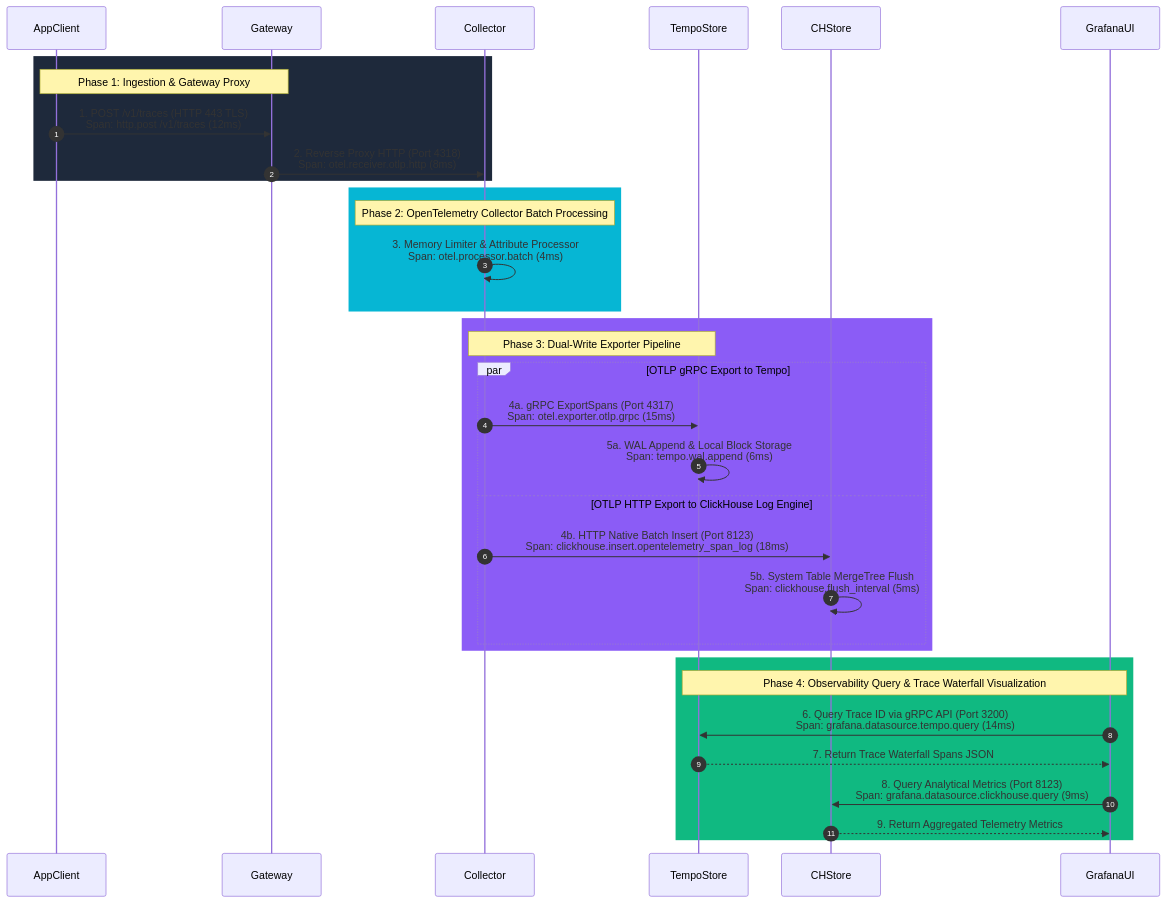
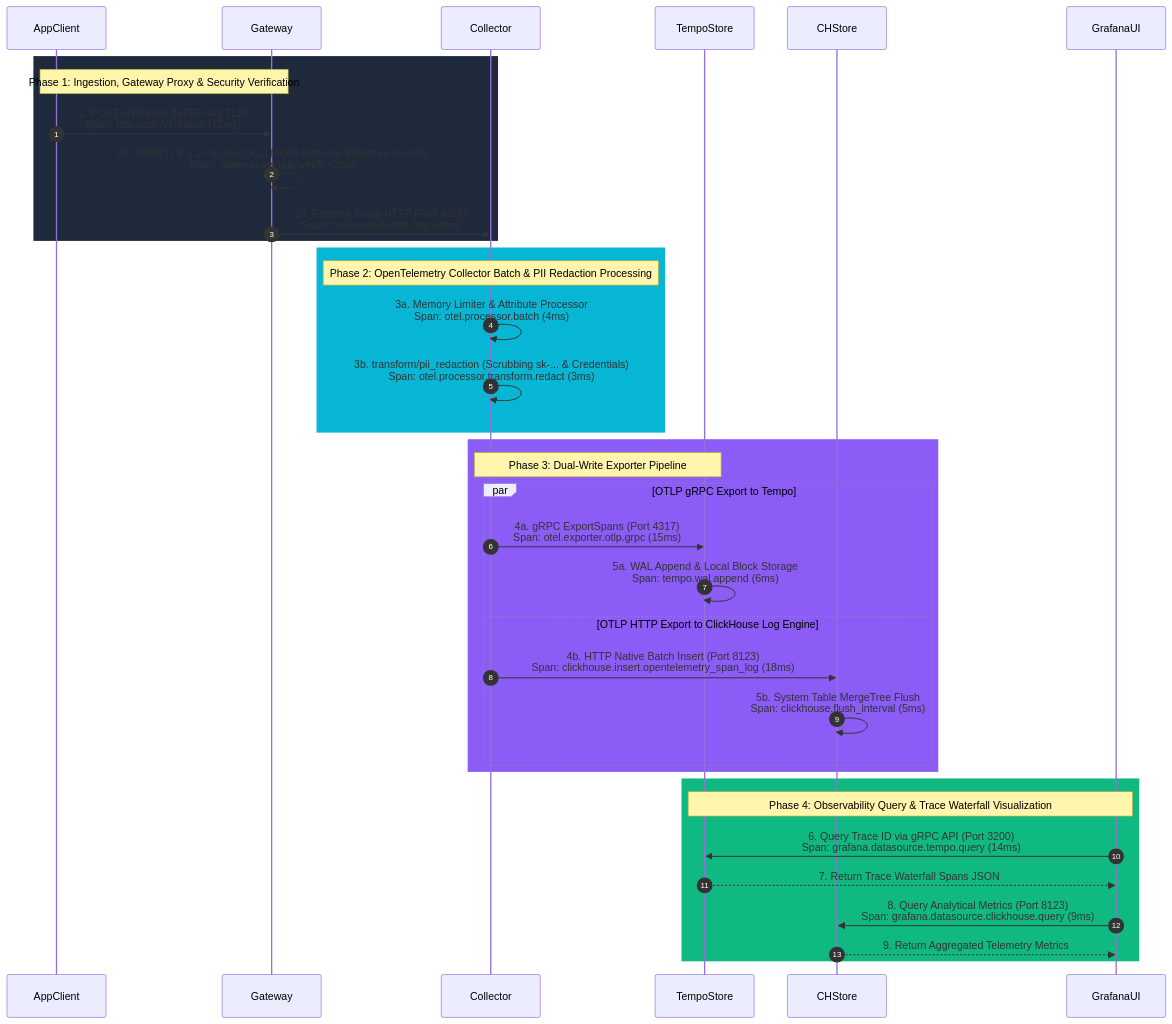
The fourth of 5 diagrams in packages/configs/llm-obs-infra/adr/0006-infrastructure-resilience-and-edgecase-hardening.md (Chief-Strategist-J/llm-observability-platform), drawn with Mermaid before and after one commit. The commit also changed other lines of this file, not shown here.

Commit message:
docs(adr): update trace span execution flow and add Low-Level Component Design (LLD) specifications

````diff
--- a/packages/configs/llm-obs-infra/adr/0006-infrastructure-resilience-and-edgecase-hardening.md
+++ b/packages/configs/llm-obs-infra/adr/0006-infrastructure-resilience-and-edgecase-hardening.md
@@ -316,33 +316,35 @@
 ```mermaid
 sequenceDiagram
     autonumber
     rect rgb(30, 41, 59)
-        note over AppClient,Gateway: Phase 1: Ingestion & Gateway Proxy
+        note over AppClient,Gateway: Phase 1: Ingestion, Gateway Proxy & Security Verification
         AppClient->>Gateway: 1. POST /v1/traces (HTTP 443 TLS)<br/>Span: http.post /v1/traces (12ms)
-        Gateway->>Collector: 2. Reverse Proxy HTTP (Port 4318)<br/>Span: otel.receiver.otlp.http (8ms)
+        Gateway->>Gateway: 2a. Verify TLS 1.2+ & Inject X-LLMObs-Network-Signature Header<br/>Span: gateway.security.verify (2ms)
+        Gateway->>Collector: 2b. Reverse Proxy HTTP (Port 4318)<br/>Span: otel.receiver.otlp.http (8ms)
     end
 
     rect rgb(6, 182, 212)
-        note over Collector: Phase 2: OpenTelemetry Collector Batch Processing
-        Collector->>Collector: 3. Memory Limiter & Attribute Processor<br/>Span: otel.processor.batch (4ms)
+        note over Collector: Phase 2: OpenTelemetry Collector Batch & PII Redaction Processing
+        Collector->>Collector: 3a. Memory Limiter & Attribute Processor<br/>Span: otel.processor.batch (4ms)
+        Collector->>Collector: 3b. transform/pii_redaction (Scrubbing sk-... & Credentials)<br/>Span: otel.processor.transform.redact (3ms)
     end
 
     rect rgb(139, 92, 246)
         note over Collector,TempoStore: Phase 3: Dual-Write Exporter Pipeline
         par OTLP gRPC Export to Tempo
             Collector->>TempoStore: 4a. gRPC ExportSpans (Port 4317)<br/>Span: otel.exporter.otlp.grpc (15ms)
             TempoStore->>TempoStore: 5a. WAL Append & Local Block Storage<br/>Span: tempo.wal.append (6ms)
         and OTLP HTTP Export to ClickHouse Log Engine
             Collector->>CHStore: 4b. HTTP Native Batch Insert (Port 8123)<br/>Span: clickhouse.insert.opentelemetry_span_log (18ms)
             CHStore->>CHStore: 5b. System Table MergeTree Flush<br/>Span: clickhouse.flush_interval (5ms)
         end
     end
 
     rect rgb(16, 185, 129)
         note over GrafanaUI,TempoStore: Phase 4: Observability Query & Trace Waterfall Visualization
         GrafanaUI->>TempoStore: 6. Query Trace ID via gRPC API (Port 3200)<br/>Span: grafana.datasource.tempo.query (14ms)
         TempoStore-->>GrafanaUI: 7. Return Trace Waterfall Spans JSON
         GrafanaUI->>CHStore: 8. Query Analytical Metrics (Port 8123)<br/>Span: grafana.datasource.clickhouse.query (9ms)
         CHStore-->>GrafanaUI: 9. Return Aggregated Telemetry Metrics
     end
 ```
````
